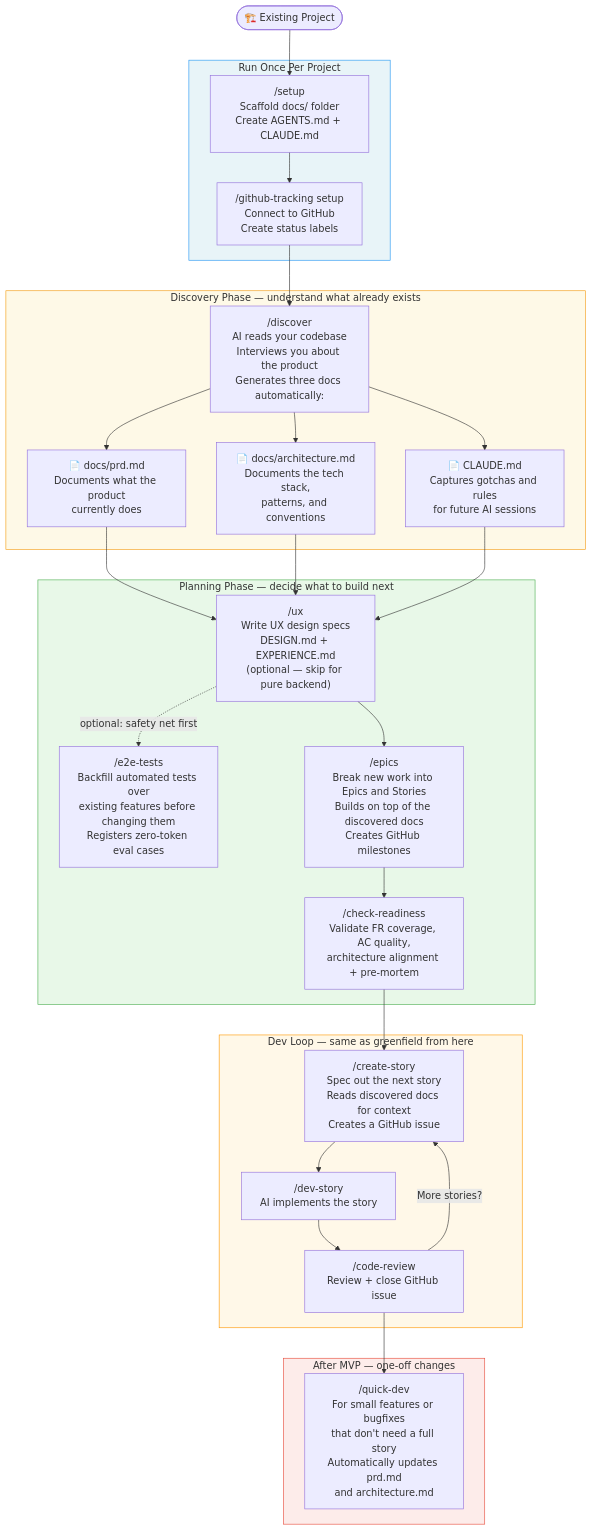
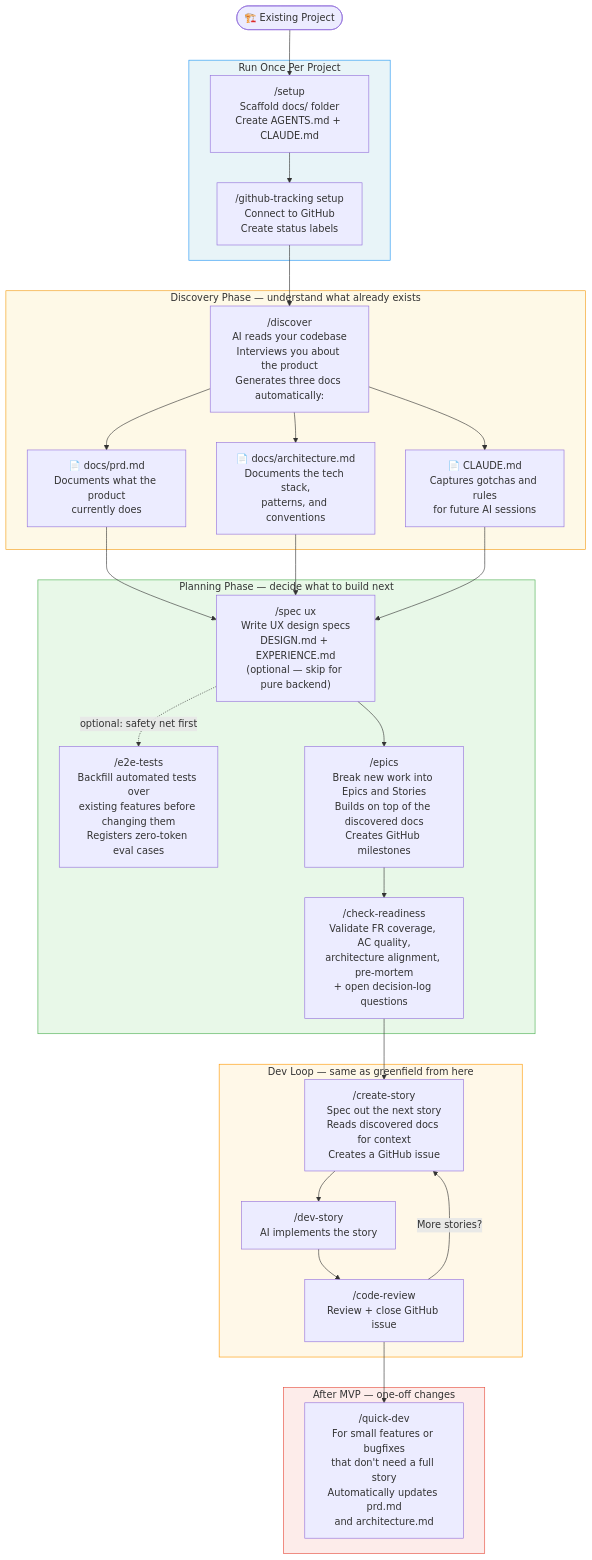
One commit to rterakedis/leanwheel-skills changed the second of 2 diagrams in guide/workflows.md. Above: the diagram before and after it, drawn with Mermaid. The commit also changed other lines of this file and 37 other files, not shown here.

First line of the commit message:
Consolidate planning skills into a recursive decision loop (ideate/spec/elicit/decision-log) (#18)

````diff
--- a/guide/workflows.md
+++ b/guide/workflows.md
@@ -74,48 +70,48 @@
 ```mermaid
 flowchart TD
     A([🏗️ Existing Project]) --> B
 
     subgraph ONCE ["Run Once Per Project"]
         B["/setup\nScaffold docs/ folder\nCreate AGENTS.md + CLAUDE.md"]
         B --> C["/github-tracking setup\nConnect to GitHub\nCreate status labels"]
     end
 
     C --> D
 
     subgraph DISCOVER ["Discovery Phase — understand what already exists"]
         D["/discover\nAI reads your codebase\nInterviews you about the product\nGenerates three docs automatically:"]
         D --> D1["📄 docs/prd.md\nDocuments what the product\ncurrently does"]
         D --> D2["📄 docs/architecture.md\nDocuments the tech stack,\npatterns, and conventions"]
         D --> D3["📄 CLAUDE.md\nCaptures gotchas and rules\nfor future AI sessions"]
     end
 
     D1 & D2 & D3 --> E
 
     subgraph PLAN ["Planning Phase — decide what to build next"]
-        E["/ux\nWrite UX design specs\nDESIGN.md + EXPERIENCE.md\n(optional — skip for pure backend)"]
+        E["/spec ux\nWrite UX design specs\nDESIGN.md + EXPERIENCE.md\n(optional — skip for pure backend)"]
         E -.->|"optional: safety net first"| BT["/e2e-tests\nBackfill automated tests over\nexisting features before changing them\nRegisters zero-token eval cases"]
         E --> EA["/epics\nBreak new work into Epics and Stories\nBuilds on top of the discovered docs\nCreates GitHub milestones"]
-        EA --> ER["/check-readiness\nValidate FR coverage, AC quality,\narchitecture alignment + pre-mortem"]
+        EA --> ER["/check-readiness\nValidate FR coverage, AC quality,\narchitecture alignment, pre-mortem\n+ open decision-log questions"]
     end
 
     ER --> F
 
     subgraph LOOP ["Dev Loop — same as greenfield from here"]
         F["/create-story\nSpec out the next story\nReads discovered docs for context\nCreates a GitHub issue"]
         F --> G["/dev-story\nAI implements the story"]
         G --> H["/code-review\nReview + close GitHub issue"]
         H -->|"More stories?"| F
     end
 
     H --> I
 
     subgraph POSTMVP ["After MVP — one-off changes"]
         I["/quick-dev\nFor small features or bugfixes\nthat don't need a full story\nAutomatically updates prd.md\nand architecture.md"]
     end
 
     style ONCE fill:#e8f4f8,stroke:#2196F3
     style DISCOVER fill:#fef9e7,stroke:#F39C12
     style PLAN fill:#e8f8e8,stroke:#4CAF50
     style LOOP fill:#fff8e8,stroke:#FF9800
     style POSTMVP fill:#fdecea,stroke:#E74C3C
 ```
````
